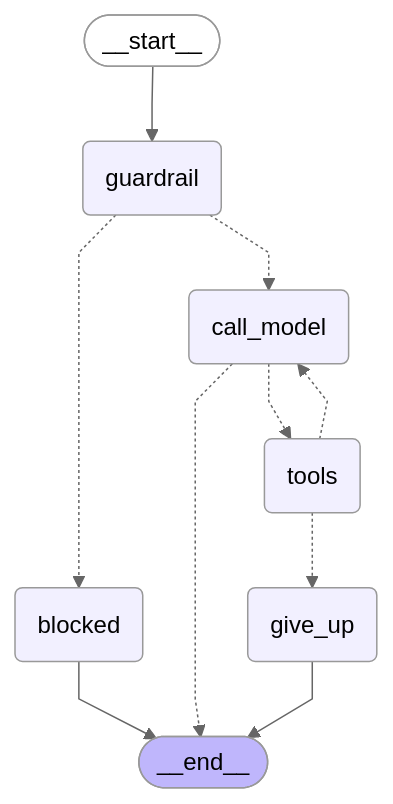
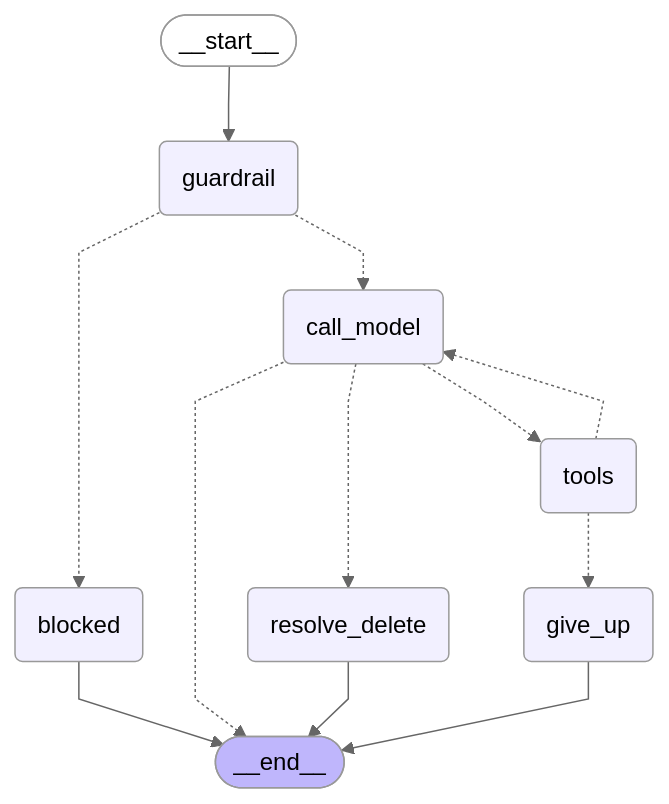
One commit to Lori10/retail-analyst-agent changed the second of 2 diagrams in docs/design.md. Above: the diagram before and after it, drawn with Mermaid (neutral theme). The commit also changed other lines of this file and 3 other files, not shown here.

````diff
--- a/docs/design.md
+++ b/docs/design.md
@@ -78,27 +79,30 @@
 ```mermaid
 ---
 config:
   flowchart:
     curve: linear
 ---
 graph TD;
 	__start__([<p>__start__</p>]):::first
 	guardrail(guardrail)
 	blocked(blocked)
 	call_model(call_model)
 	tools(tools)
 	give_up(give_up)
+	resolve_delete(resolve_delete)
 	__end__([<p>__end__</p>]):::last
 	__start__ --> guardrail;
 	call_model -.-> __end__;
+	call_model -.-> resolve_delete;
 	call_model -.-> tools;
 	guardrail -.-> blocked;
 	guardrail -.-> call_model;
 	tools -.-> call_model;
 	tools -.-> give_up;
 	blocked --> __end__;
 	give_up --> __end__;
+	resolve_delete --> __end__;
 	classDef default fill:#f2f0ff,line-height:1.2
 	classDef first fill-opacity:0
 	classDef last fill:#bfb6fc
 ```
````
